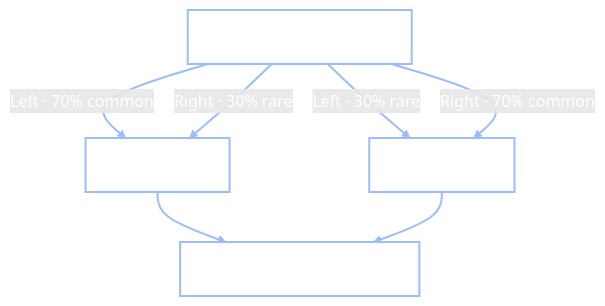
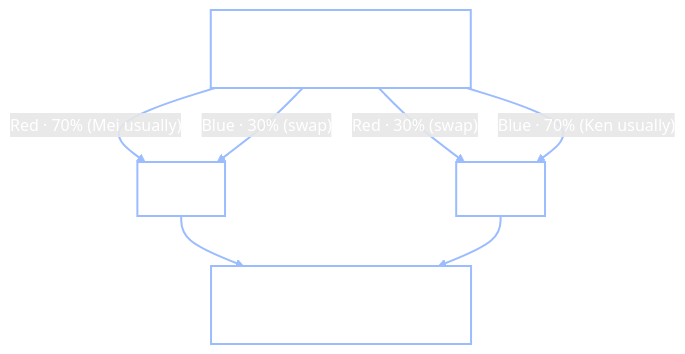
Before and after one commit to josephausterweil/probintro: the second of 2 diagrams in content/intro2/22_q_learning.md, drawn with Mermaid. The commit also changed other lines of this file and 3 other files, not shown here.

````diff
--- a/content/intro2/22_q_learning.md
+++ b/content/intro2/22_q_learning.md
@@ -448,13 +459,13 @@
 ```mermaid
 graph TD
-    S1["Stage 1: Left or Right?"]
-    S1 -->|"Left · 70% common"| PK["Pink planet"]
-    S1 -->|"Left · 30% rare"| BL["Blue planet"]
-    S1 -->|"Right · 70% common"| BL
-    S1 -->|"Right · 30% rare"| PK
-    PK --> R["reward? (slowly drifting)"]
-    BL --> R
+    S1["Chibany packs: Red box or Blue box?"]
+    S1 -->|"Red · 70% (Mei usually)"| MEI["Mei"]
+    S1 -->|"Red · 30% (swap)"| KEN["Ken"]
+    S1 -->|"Blue · 70% (Ken usually)"| KEN
+    S1 -->|"Blue · 30% (swap)"| MEI
+    MEI --> R["shares tonkatsu? (drifts slowly)"]
+    KEN --> R
     classDef node fill:none,stroke:#9bbcff,stroke-width:2px,color:#fff
-    class S1,PK,BL,R node
+    class S1,MEI,KEN,R node
     linkStyle default stroke:#9bbcff,stroke-width:2px,color:#fff
 ```
````
